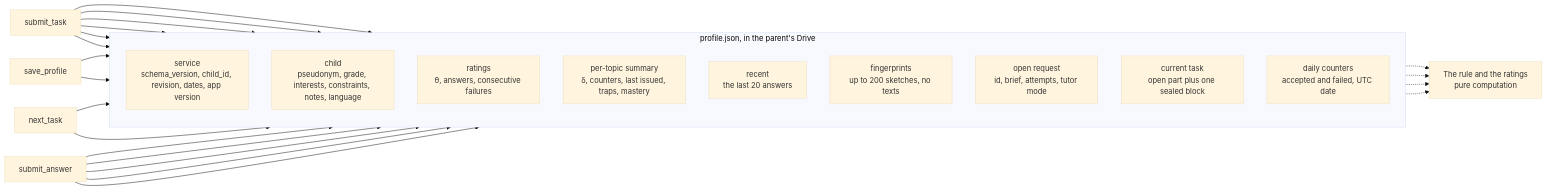
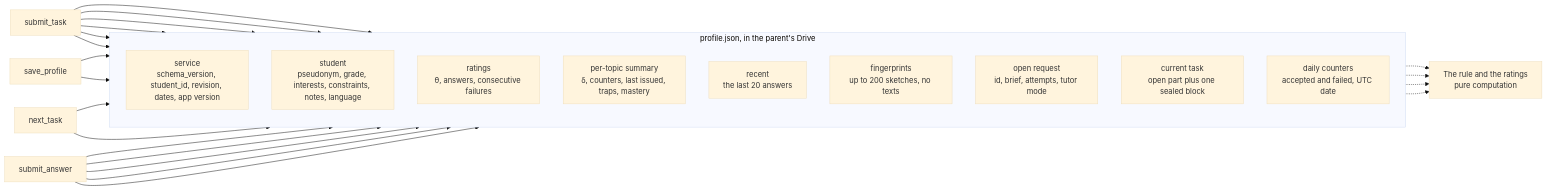
One commit to MathTrail/mathtrail-standalone changed the diagram in docs/architecture/04-profile.md. Above: the diagram before and after it, drawn with Mermaid (base theme). The commit also changed other lines of this file and 36 other files, not shown here.

Commit message:
Add the profile: the file the service keeps about one child, and what an answer does to it (#21)

````diff
--- a/docs/architecture/04-profile.md
+++ b/docs/architecture/04-profile.md
@@ -13,39 +13,39 @@
 ```mermaid
 flowchart LR
     nt["next_task"]
     st["submit_task"]
     sa["submit_answer"]
     sp["save_profile"]
     rule["The rule and the ratings<br/>pure computation"]
 
     subgraph file["profile.json, in the parent's Drive"]
         direction TB
-        svc["service<br/>schema_version, child_id, revision, dates, app version"]
-        kid["child<br/>pseudonym, grade, interests, constraints, notes, language"]
+        svc["service<br/>schema_version, student_id, revision, dates, app version"]
+        kid["student<br/>pseudonym, grade, interests, constraints, notes, language"]
         rat["ratings<br/>θ, answers, consecutive failures"]
         top["per-topic summary<br/>δ, counters, last issued, traps, mastery"]
         rec["recent<br/>the last 20 answers"]
         fpr["fingerprints<br/>up to 200 sketches, no texts"]
         req["open request<br/>id, brief, attempts, tutor mode"]
         cur["current task<br/>open part plus one sealed block"]
         day["daily counters<br/>accepted and failed, UTC date"]
     end
 
     sp --> kid
     nt --> req
     st --> cur
     st --> fpr
     st --> day
     st --> req
     st --> top
     sa --> rat
     sa --> top
     sa --> rec
     sa --> cur
     sp & nt & st & sa --> svc
 
     kid -.-> rule
     rat -.-> rule
     top -.-> rule
     rec -.-> rule
 ```
````
